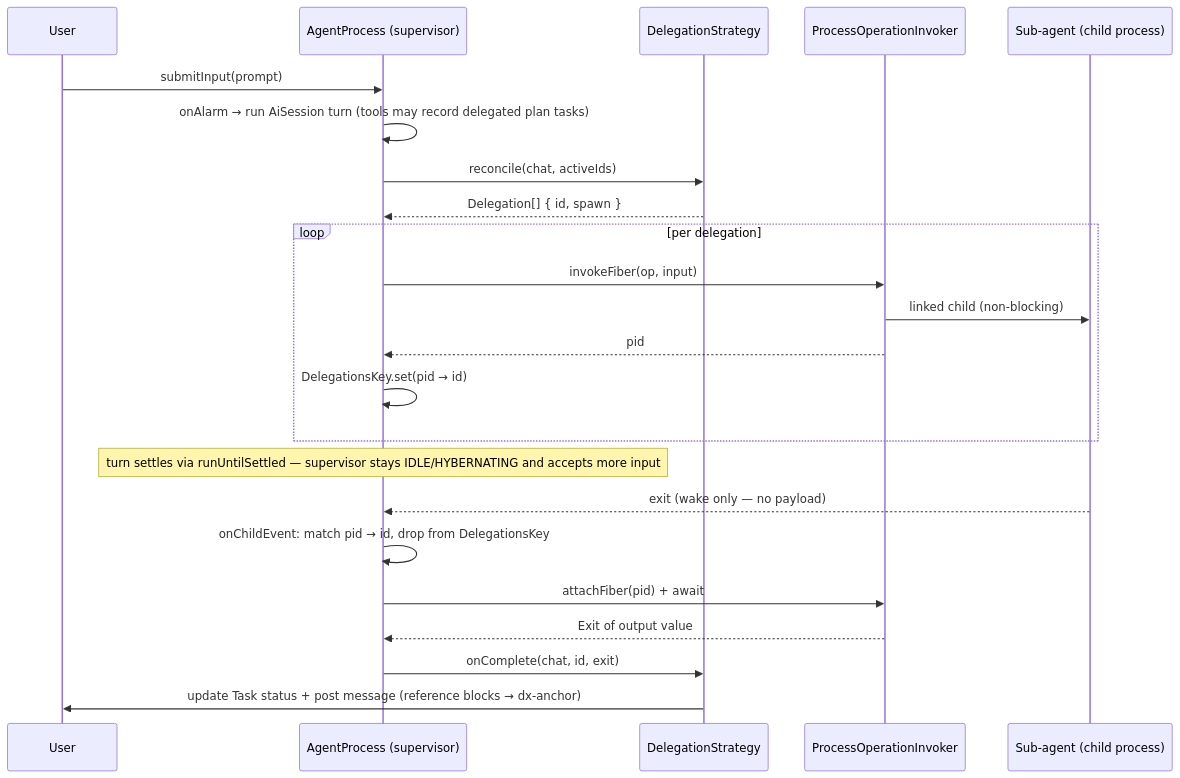
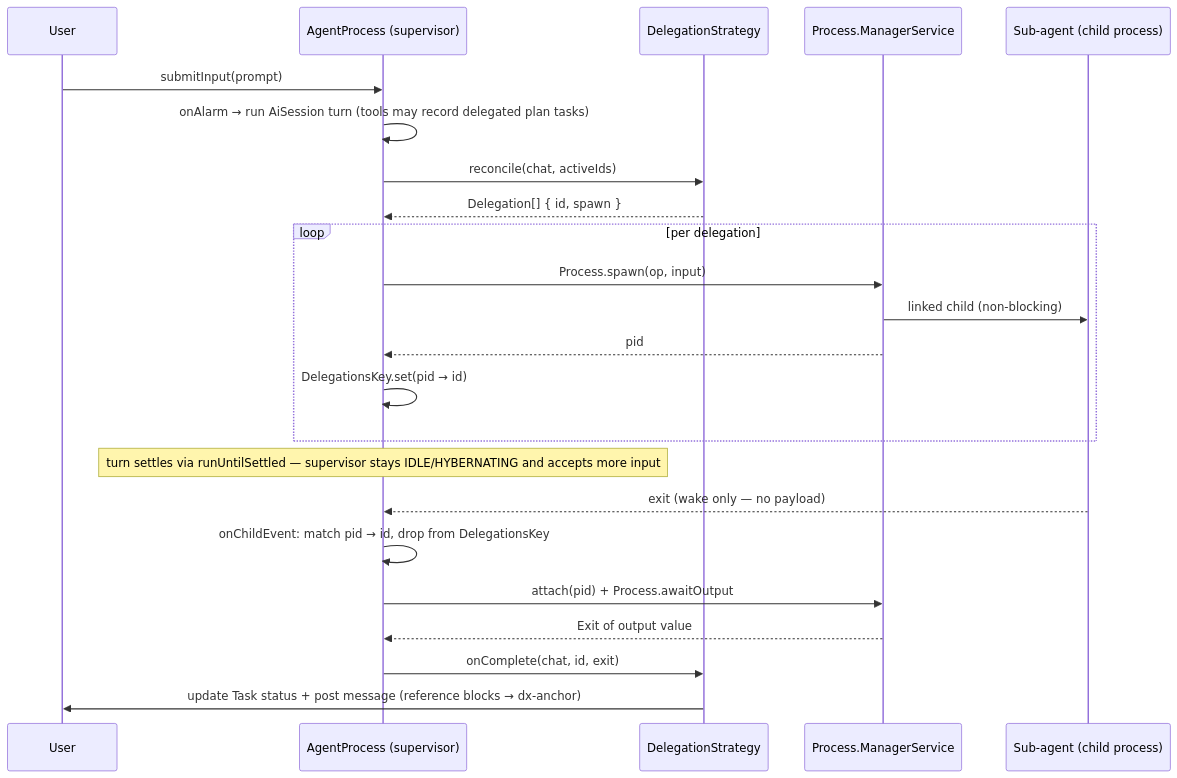
The second of 2 diagrams in packages/core/compute/agent-runtime/src/agent-service/README.md (dxos/dxos), drawn with Mermaid before and after one commit. The commit also changed other lines of this file and 66 other files, not shown here.

Commit message:
compute: two-stage durable operations, process-backed invoker, one Process type (#13727)

````diff
--- a/packages/core/compute/agent-runtime/src/agent-service/README.md
+++ b/packages/core/compute/agent-runtime/src/agent-service/README.md
@@ -57,27 +57,27 @@
 ```mermaid
 sequenceDiagram
   participant U as User
   participant AP as AgentProcess (supervisor)
   participant ST as DelegationStrategy
-  participant POI as ProcessOperationInvoker
+  participant POI as Process.ManagerService
   participant CH as Sub-agent (child process)
 
   U->>AP: submitInput(prompt)
   AP->>AP: onAlarm → run AiSession turn (tools may record delegated plan tasks)
   AP->>ST: reconcile(chat, activeIds)
   ST-->>AP: Delegation[] { id, spawn }
   loop per delegation
-    AP->>POI: invokeFiber(op, input)
+    AP->>POI: Process.spawn(op, input)
     POI->>CH: linked child (non-blocking)
     POI-->>AP: pid
     AP->>AP: DelegationsKey.set(pid → id)
   end
   Note over AP: turn settles via runUntilSettled — supervisor stays IDLE/HYBERNATING and accepts more input
 
   CH-->>AP: exit (wake only — no payload)
   AP->>AP: onChildEvent: match pid → id, drop from DelegationsKey
-  AP->>POI: attachFiber(pid) + await
+  AP->>POI: attach(pid) + Process.awaitOutput
   POI-->>AP: Exit of output value
   AP->>ST: onComplete(chat, id, exit)
   ST->>U: update Task status + post message (reference blocks → dx-anchor)
 ```
````
